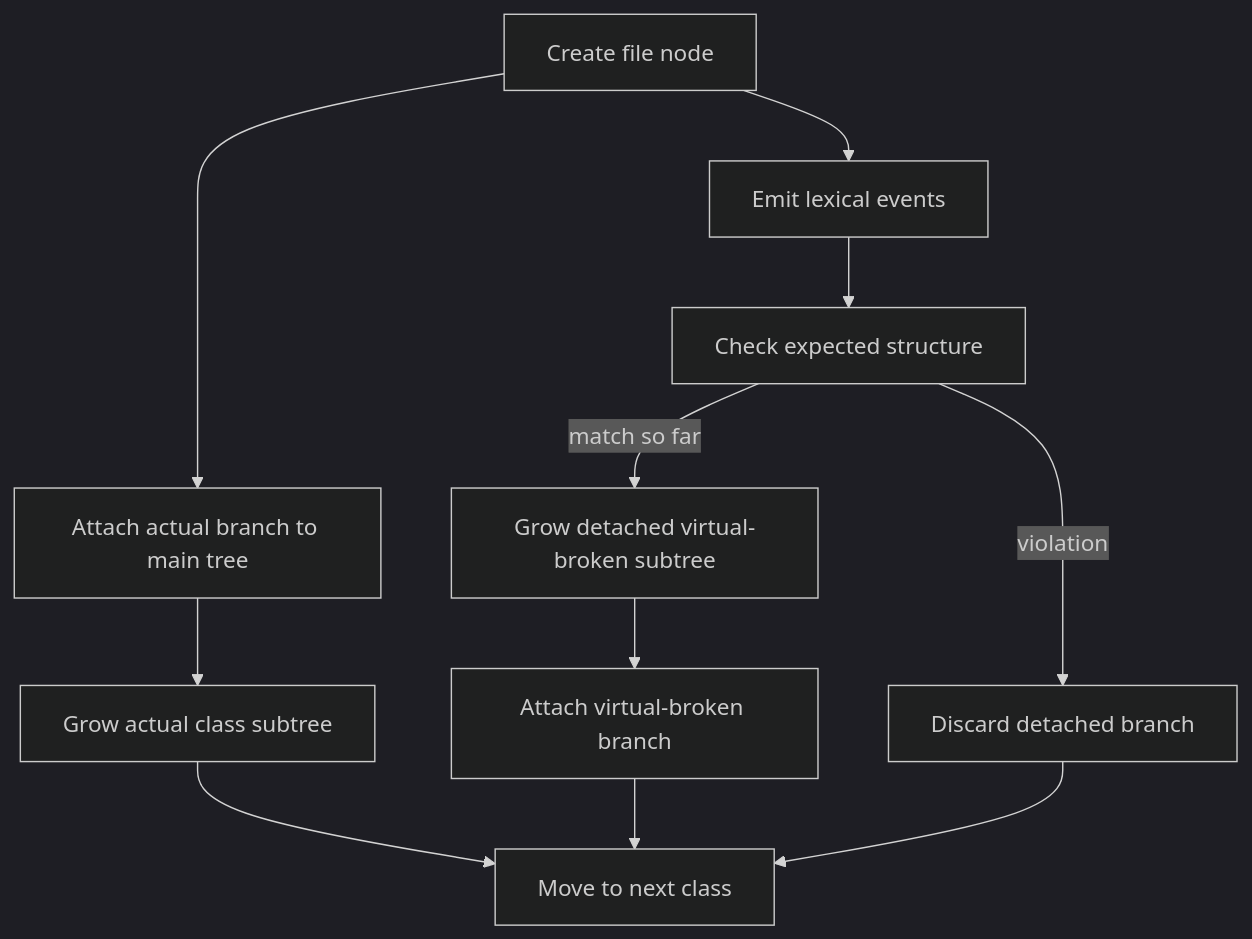
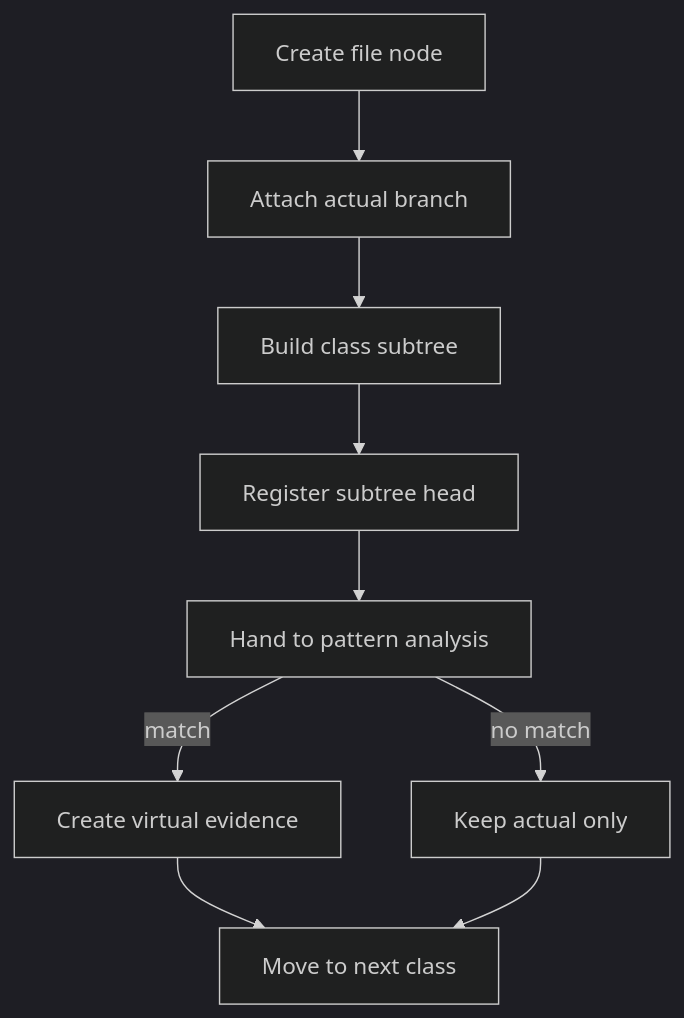
The diagram in docs/Codebase/Microservice/Modules/Source/Trees/core.cpp.md (JohnAndrewBalbarosa/NeoTerritory), drawn with Mermaid (dark theme) before and after one commit. The commit also changed other lines of this file and 717 other files, not shown here.

````diff
--- a/docs/Codebase/Microservice/Modules/Source/Trees/core.cpp.md
+++ b/docs/Codebase/Microservice/Modules/Source/Trees/core.cpp.md
@@ -22,16 +22,14 @@
 ```mermaid
 flowchart TD
     N0["Create file node"]
-    N1["Attach actual branch to main tree"]
-    N2["Grow actual class subtree"]
-    N3["Emit lexical events"]
-    N4["Check expected structure"]
-    N5["Grow detached virtual-broken subtree"]
-    N6["Discard detached branch"]
-    N7["Attach virtual-broken branch"]
-    N8["Move to next class"]
-    N0 --> N1 --> N2 --> N8
-    N0 --> N3 --> N4
-    N4 -->|match so far| N5 --> N7 --> N8
-    N4 -->|violation| N6 --> N8
+    N1["Attach actual branch"]
+    N2["Build class subtree"]
+    N3["Register subtree head"]
+    N4["Hand to pattern analysis"]
+    N5["Create virtual evidence"]
+    N6["Keep actual only"]
+    N7["Move to next class"]
+    N0 --> N1 --> N2 --> N3 --> N4
+    N4 -->|match| N5 --> N7
+    N4 -->|no match| N6 --> N7
 ```
````
